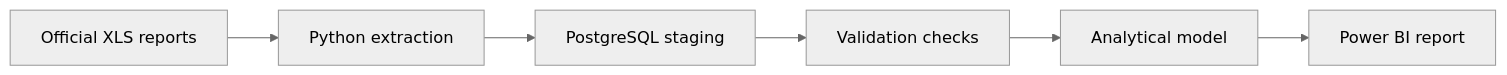
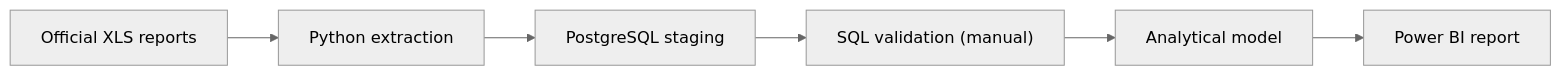
One commit to nadyasevova/domestic_violence changed the diagram in README.md. Above: the diagram before and after it, drawn with Mermaid (neutral theme). The commit also changed other lines of this file and 5 other files, not shown here.

````diff
--- a/README.md
+++ b/README.md
@@ -61,8 +61,8 @@
 ```mermaid
 flowchart LR
     A["Official XLS reports"] --> B["Python extraction"]
     B --> C["PostgreSQL staging"]
-    C --> D["Validation checks"]
+    C --> D["SQL validation (manual)"]
     D --> E["Analytical model"]
     E --> F["Power BI report"]
 ```
````
